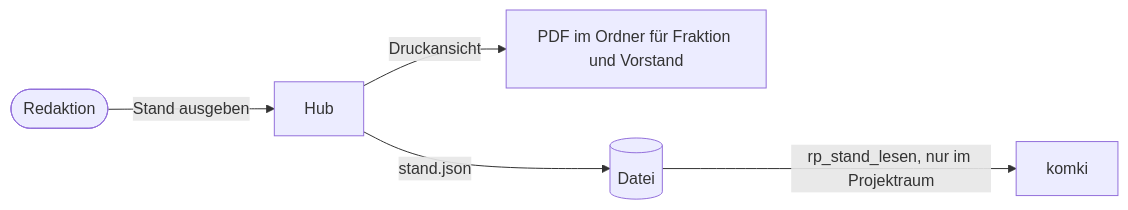
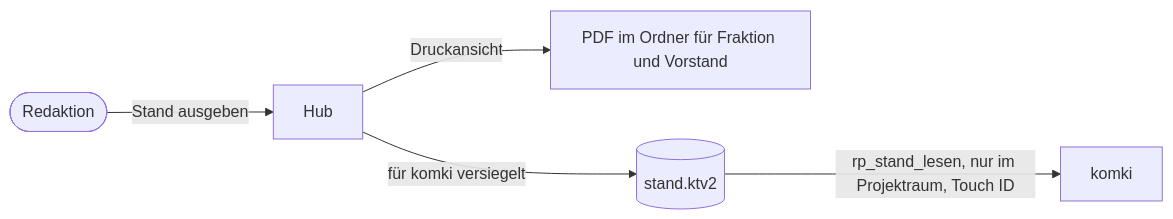
Before and after one commit to croesnick/kommunalpolitik_ki: the diagram in docs/schnittstellen/stand.md, drawn with Mermaid. The commit also changed other lines of this file and 2 other files, not shown here.

First line of the commit message:
ratsprojekte: maschinenlesbaren Stand für komki versiegeln statt Klartext (Ticket #434)

````diff
--- a/docs/schnittstellen/stand.md
+++ b/docs/schnittstellen/stand.md
@@ -7,7 +7,7 @@
 ```mermaid
 flowchart LR
   R([Redaktion]) -->|Stand ausgeben| H[Hub]
   H -->|Druckansicht| P[PDF im Ordner für Fraktion und Vorstand]
-  H -->|stand.json| D[(Datei)]
-  D -->|rp_stand_lesen, nur im Projektraum| K[komki]
+  H -->|für komki versiegelt| D[(stand.ktv2)]
+  D -->|rp_stand_lesen, nur im Projektraum, Touch ID| K[komki]
 ```
````
